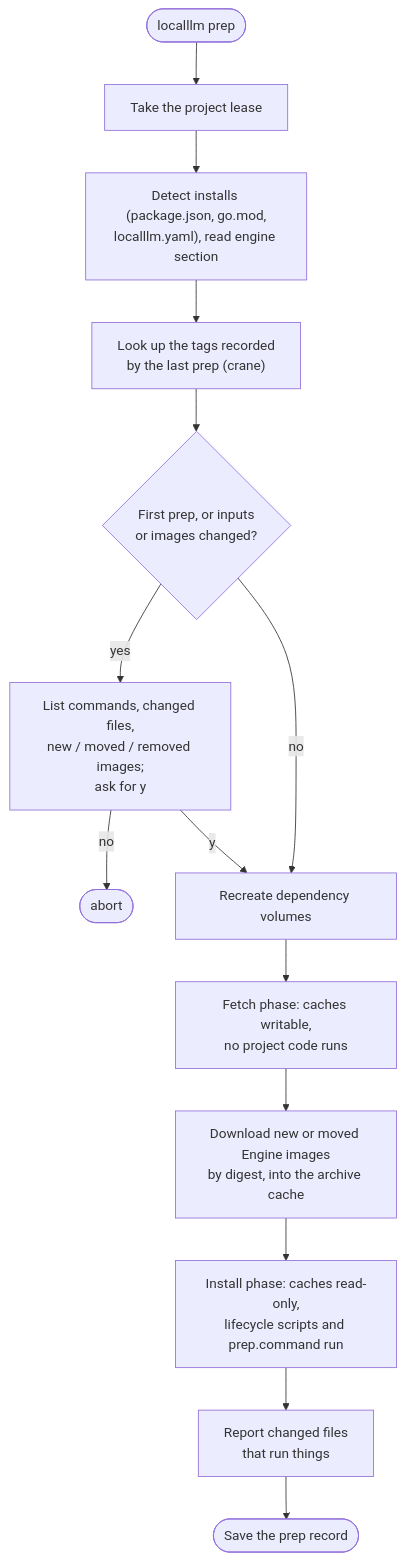
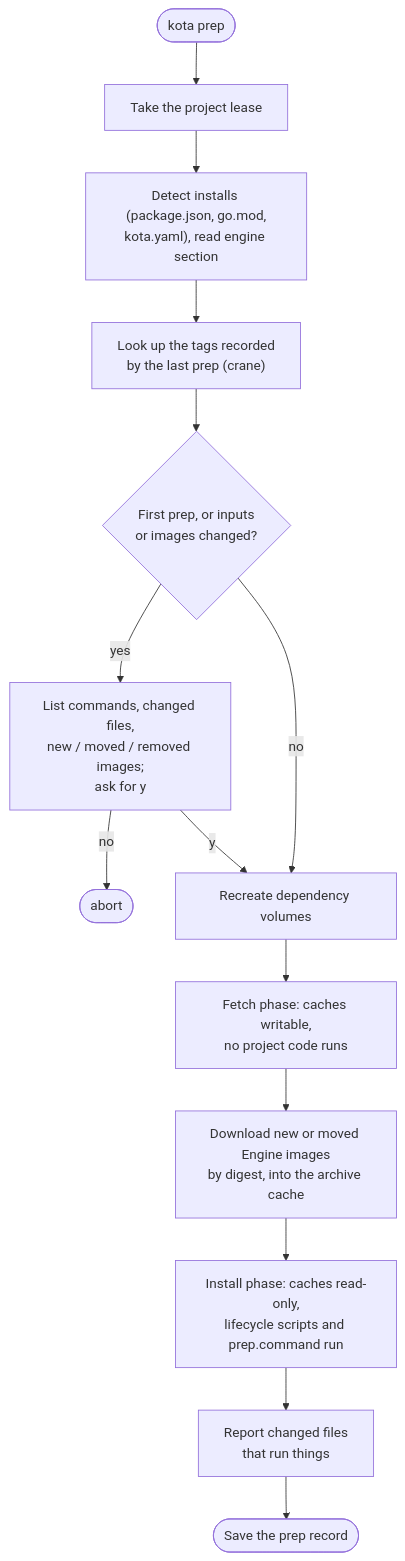
One commit to cyky/kota changed the fourth of 5 diagrams in docs/architecture.md. Above: the diagram before and after it, drawn with Mermaid. The commit also changed other lines of this file and 65 other files, not shown here.

First line of the commit message:
feat: rename the project to kota

````diff
--- a/docs/architecture.md
+++ b/docs/architecture.md
@@ -98,16 +98,16 @@
 ```mermaid
 flowchart TD
-    start(["localllm prep"]) --> lease["Take the project lease"]
-    lease --> plan["Detect installs (package.json, go.mod,<br/>localllm.yaml), read engine section"]
+    start(["kota prep"]) --> lease["Take the project lease"]
+    lease --> plan["Detect installs (package.json, go.mod,<br/>kota.yaml), read engine section"]
     plan --> images["Look up the tags recorded<br/>by the last prep (crane)"]
     images --> gate{"First prep, or inputs<br/>or images changed?"}
     gate -- "yes" --> ask["List commands, changed files,<br/>new / moved / removed images;<br/>ask for y"]
     ask -- "no" --> abort(["abort"])
     gate -- "no" --> vols
     ask -- "y" --> vols["Recreate dependency volumes"]
     vols --> fetch["Fetch phase: caches writable,<br/>no project code runs"]
     fetch --> eimg["Download new or moved Engine images<br/>by digest, into the archive cache"]
     eimg --> install["Install phase: caches read-only,<br/>lifecycle scripts and prep.command run"]
     install --> report["Report changed files<br/>that run things"]
     report --> record(["Save the prep record"])
 ```
````
